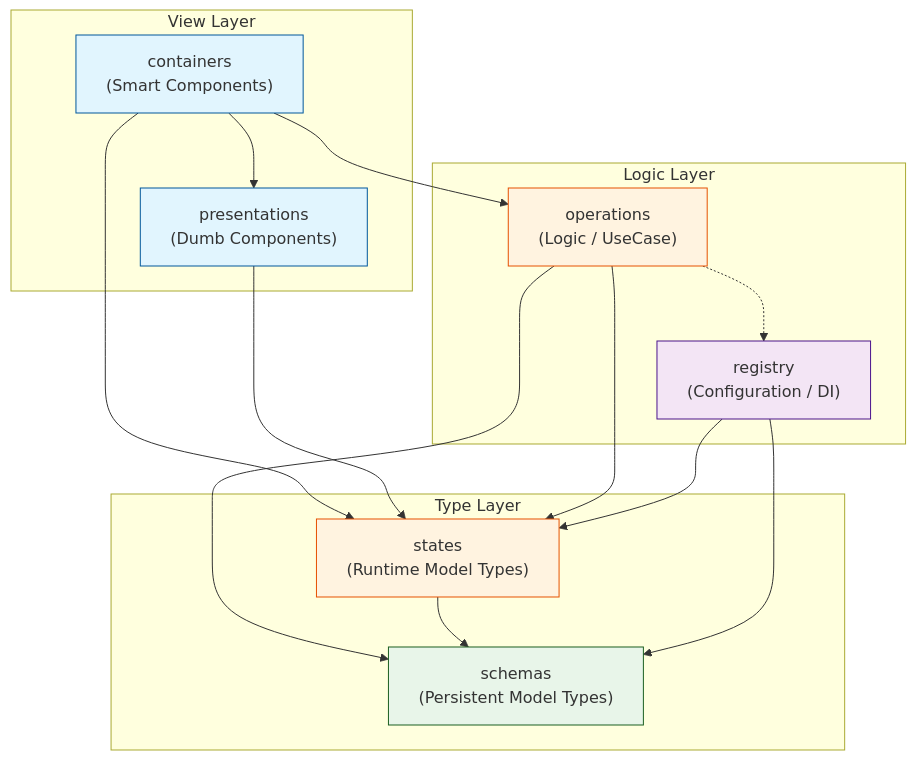
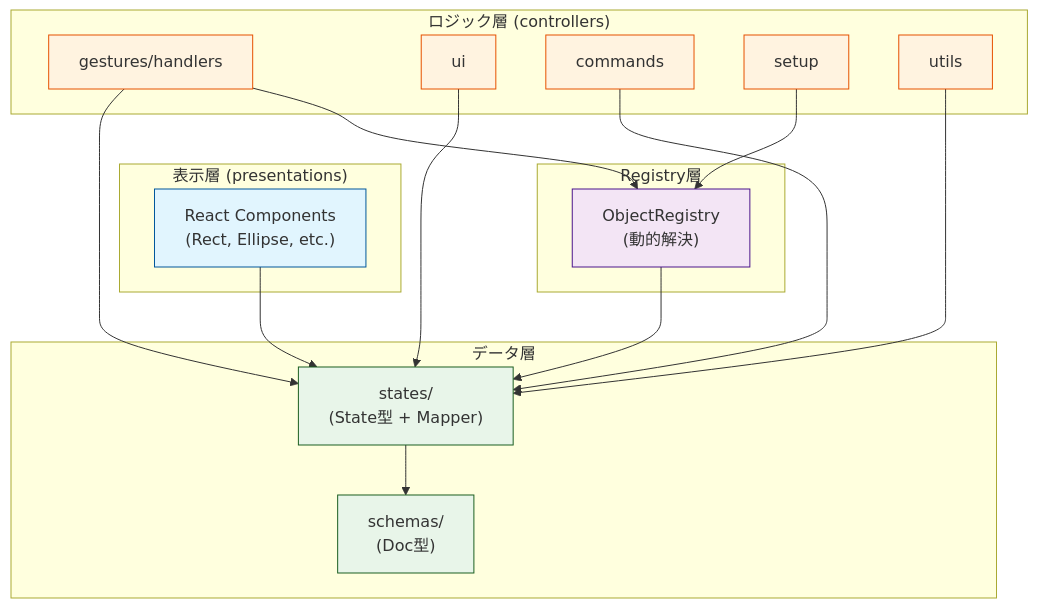
One commit to gznnk/jiscribe changed the diagram in packages/svg-canvas-2/docs/architecture.md. Above: the diagram before and after it, drawn with Mermaid. The commit also changed other lines of this file, not shown here.

First line of the commit message:
docs(svg-canvas-2): architecture.mdを最新のアーキテクチャに更新

````diff
--- a/packages/svg-canvas-2/docs/architecture.md
+++ b/packages/svg-canvas-2/docs/architecture.md
@@ -21,43 +235,48 @@
 ```mermaid
 graph TD
-    %% レイヤー定義
-    subgraph ViewLayer [View Layer]
-        Containers["containers<br>(Smart Components)"]
-        Presentations["presentations<br>(Dumb Components)"]
+    subgraph Presentations["表示層 (presentations)"]
+        PresentationComponents["React Components<br>(Rect, Ellipse, etc.)"]
     end
 
-    subgraph LogicLayer [Logic Layer]
-        Operations["operations<br>(Logic / UseCase)"]
-        Registry["registry<br>(Configuration / DI)"]
+    subgraph Controllers["ロジック層 (controllers)"]
+        Gestures["gestures/handlers"]
+        UI["ui"]
+        Commands["commands"]
+        Setup["setup"]
+        ControllerUtils["utils"]
     end
 
-    subgraph TypeLayer [Type Layer]
-        States["states<br>(Runtime Model Types)"]
-        Schemas["schemas<br>(Persistent Model Types)"]
+    subgraph Registry["Registry層"]
+        ObjectRegistry["ObjectRegistry<br>(動的解決)"]
+    end
+
+    subgraph States["データ層"]
+        StatesTypes["states/<br>(State型 + Mapper)"]
+        SchemasTypes["schemas/<br>(Doc型)"]
     end
 
     %% 依存関係
-    Containers --> Presentations
-    Containers --> Operations
-    Containers --> States
+    PresentationComponents --> StatesTypes
 
-    Presentations --> States
+    Gestures --> StatesTypes
+    Gestures --> ObjectRegistry
+    UI --> StatesTypes
+    Commands --> StatesTypes
+    Setup --> ObjectRegistry
+    ControllerUtils --> StatesTypes
 
-    Operations --> States
-    Operations --> Schemas
+    ObjectRegistry --> StatesTypes
 
-    States --> Schemas
-
-    %% Registryの依存関係（実装によるが一般的に）
-    Operations -.-> Registry
-    Registry --> States
-    Registry --> Schemas
+    StatesTypes --> SchemasTypes
 
     %% スタイリング
-    style Containers fill:#e1f5fe,stroke:#01579b
-    style Presentations fill:#e1f5fe,stroke:#01579b
-    style Operations fill:#fff3e0,stroke:#e65100
-    style States fill:#fff3e0,stroke:#e65100
-    style Schemas fill:#e8f5e9,stroke:#1b5e20
-    style Registry fill:#f3e5f5,stroke:#4a148c
+    style PresentationComponents fill:#e1f5fe,stroke:#01579b
+    style Gestures fill:#fff3e0,stroke:#e65100
+    style UI fill:#fff3e0,stroke:#e65100
+    style Commands fill:#fff3e0,stroke:#e65100
+    style Setup fill:#fff3e0,stroke:#e65100
+    style ControllerUtils fill:#fff3e0,stroke:#e65100
+    style ObjectRegistry fill:#f3e5f5,stroke:#4a148c
+    style StatesTypes fill:#e8f5e9,stroke:#1b5e20
+    style SchemasTypes fill:#e8f5e9,stroke:#1b5e20
 ```
````
